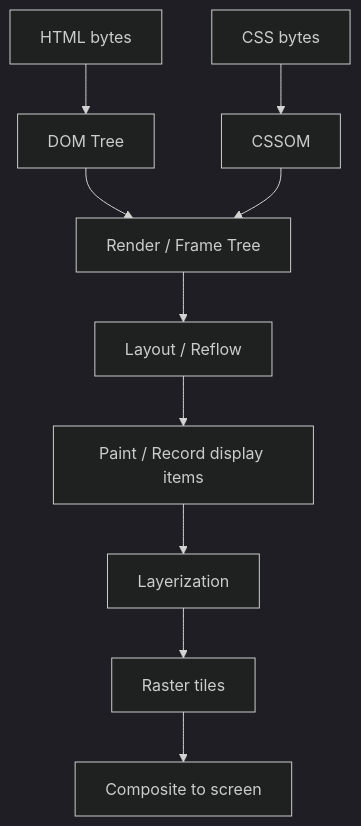
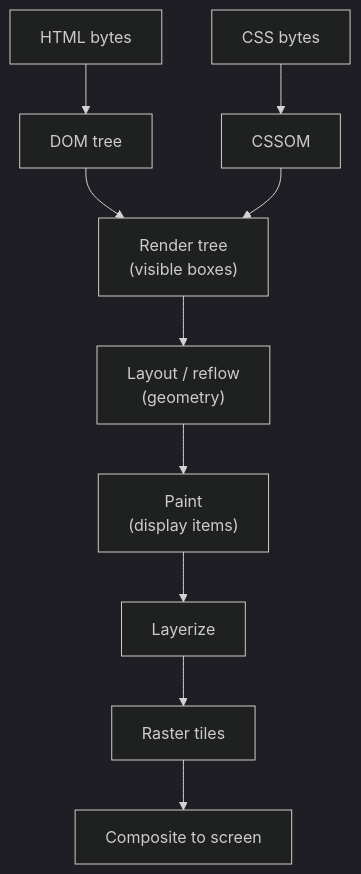
Before and after one commit to prajjwaljogdand/FullstackPreparation: the first of 6 diagrams in docs/browser/02-rendering-pipeline.md, drawn with Mermaid (dark theme). The commit also changed other lines of this file and 91 other files, not shown here.

````diff
--- a/docs/browser/02-rendering-pipeline.md
+++ b/docs/browser/02-rendering-pipeline.md
@@ -9,12 +23,12 @@
 ```mermaid
 flowchart TB
-  HTML[HTML bytes] --> DOM[DOM Tree]
-  CSS[CSS bytes] --> CSSOM[CSSOM]
-  DOM --> RenderTree[Render / Frame Tree]
-  CSSOM --> RenderTree
-  RenderTree --> Layout[Layout / Reflow]
-  Layout --> Paint[Paint / Record display items]
-  Paint --> Layers[Layerization]
-  Layers --> Raster[Raster tiles]
-  Raster --> Composite[Composite to screen]
+  HTML["HTML bytes"] --> DOM["DOM tree"]
+  CSS["CSS bytes"] --> CSSOM["CSSOM"]
+  DOM --> RT["Render tree<br/>(visible boxes)"]
+  CSSOM --> RT
+  RT --> Layout["Layout / reflow<br/>(geometry)"]
+  Layout --> Paint["Paint<br/>(display items)"]
+  Paint --> Layers["Layerize"]
+  Layers --> Raster["Raster tiles"]
+  Raster --> Composite["Composite to screen"]
 ```
````
